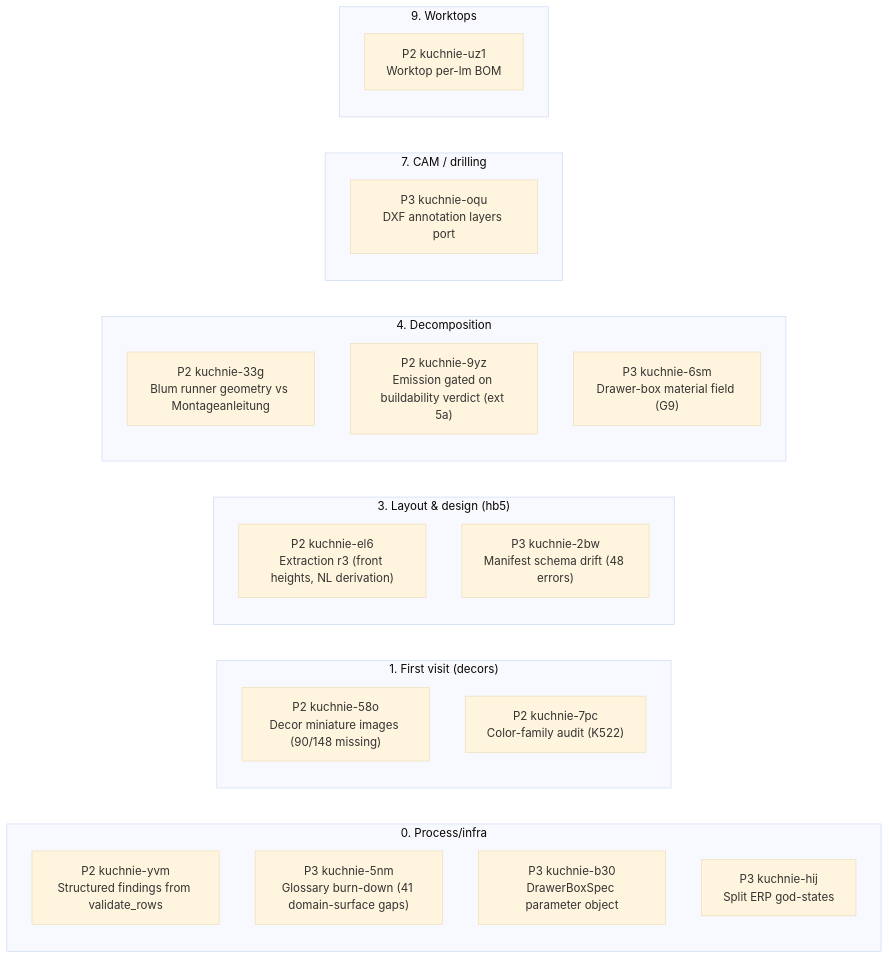
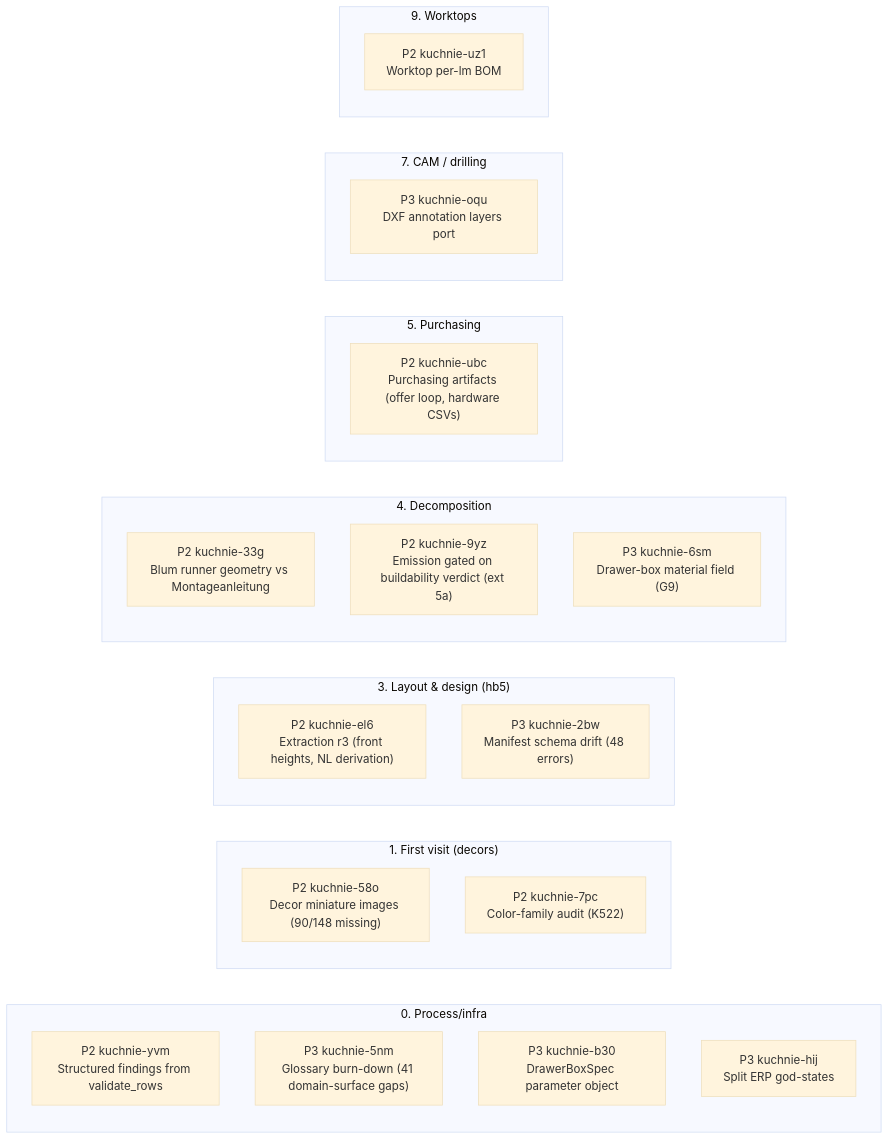
One commit to m1981/kuchnie changed the first of 2 diagrams in STATUS.md. Above: the diagram before and after it, drawn with Mermaid (base theme). The commit also changed other lines of this file and 2 other files, not shown here.

First line of the commit message:
truth: release wk-593a317b (increment 2 shipped as tr-c87a68f9, epic continues with hardware CSVs); STATUS regenerated

````diff
--- a/STATUS.md
+++ b/STATUS.md
@@ -111,28 +113,31 @@
 ```mermaid
 flowchart LR
     subgraph s0 ["0. Process/infra"]
         kuchnie_yvm["P2 kuchnie-yvm<br/>Structured findings from validate_rows"]
         kuchnie_5nm["P3 kuchnie-5nm<br/>Glossary burn-down (41 domain-surface gaps)"]
         kuchnie_b30["P3 kuchnie-b30<br/>DrawerBoxSpec parameter object"]
         kuchnie_hij["P3 kuchnie-hij<br/>Split ERP god-states"]
     end
     subgraph s1 ["1. First visit (decors)"]
         kuchnie_58o["P2 kuchnie-58o<br/>Decor miniature images (90/148 missing)"]
         kuchnie_7pc["P2 kuchnie-7pc<br/>Color-family audit (K522)"]
     end
     subgraph s3 ["3. Layout & design (hb5)"]
         kuchnie_el6["P2 kuchnie-el6<br/>Extraction r3 (front heights, NL derivation)"]
         kuchnie_2bw["P3 kuchnie-2bw<br/>Manifest schema drift (48 errors)"]
     end
     subgraph s4 ["4. Decomposition"]
         kuchnie_33g["P2 kuchnie-33g<br/>Blum runner geometry vs Montageanleitung"]
         kuchnie_9yz["P2 kuchnie-9yz<br/>Emission gated on buildability verdict (ext 5a)"]
         kuchnie_6sm["P3 kuchnie-6sm<br/>Drawer-box material field (G9)"]
     end
+    subgraph s5 ["5. Purchasing"]
+        kuchnie_ubc["P2 kuchnie-ubc<br/>Purchasing artifacts (offer loop, hardware CSVs)"]
+    end
     subgraph s7 ["7. CAM / drilling"]
         kuchnie_oqu["P3 kuchnie-oqu<br/>DXF annotation layers port"]
     end
     subgraph s9 ["9. Worktops"]
         kuchnie_uz1["P2 kuchnie-uz1<br/>Worktop per-lm BOM"]
     end
 ```
````
